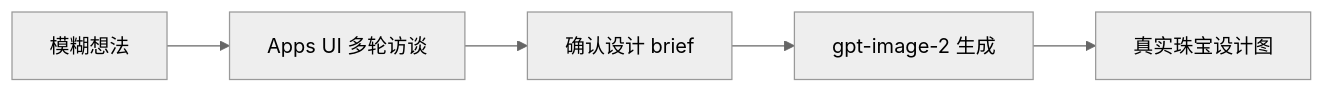
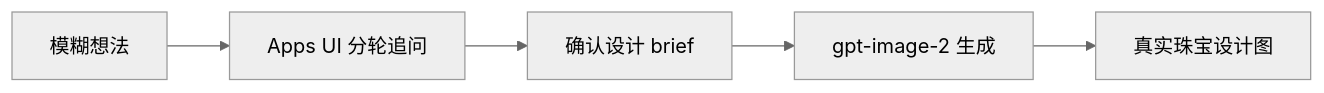
The diagram in README.md (yuyou-dev/GrillMeJewel), drawn with Mermaid (neutral theme) before and after one commit. The commit also changed other lines of this file and 19 other files, not shown here.

````diff
--- a/README.md
+++ b/README.md
@@ -48,7 +47,7 @@
 ```mermaid
 flowchart LR
-  A["模糊想法"] --> B["Apps UI 多轮访谈"]
+  A["模糊想法"] --> B["Apps UI 分轮追问"]
   B --> C["确认设计 brief"]
   C --> D["gpt-image-2 生成"]
   D --> E["真实珠宝设计图"]
 ```
````
